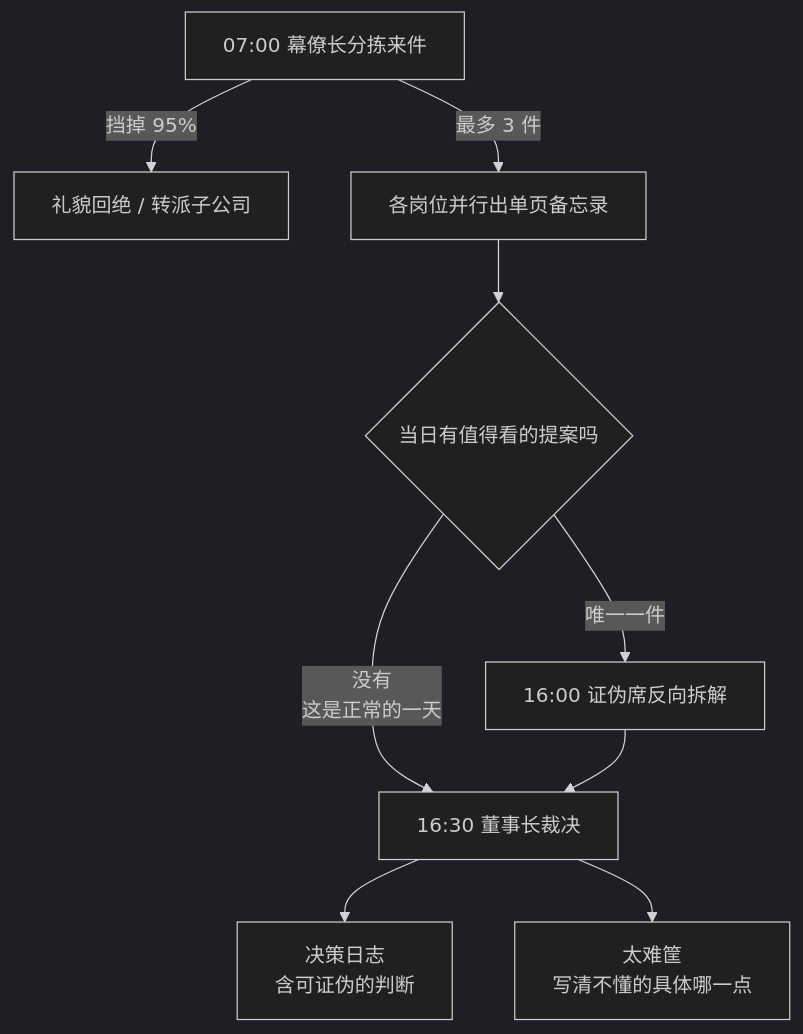
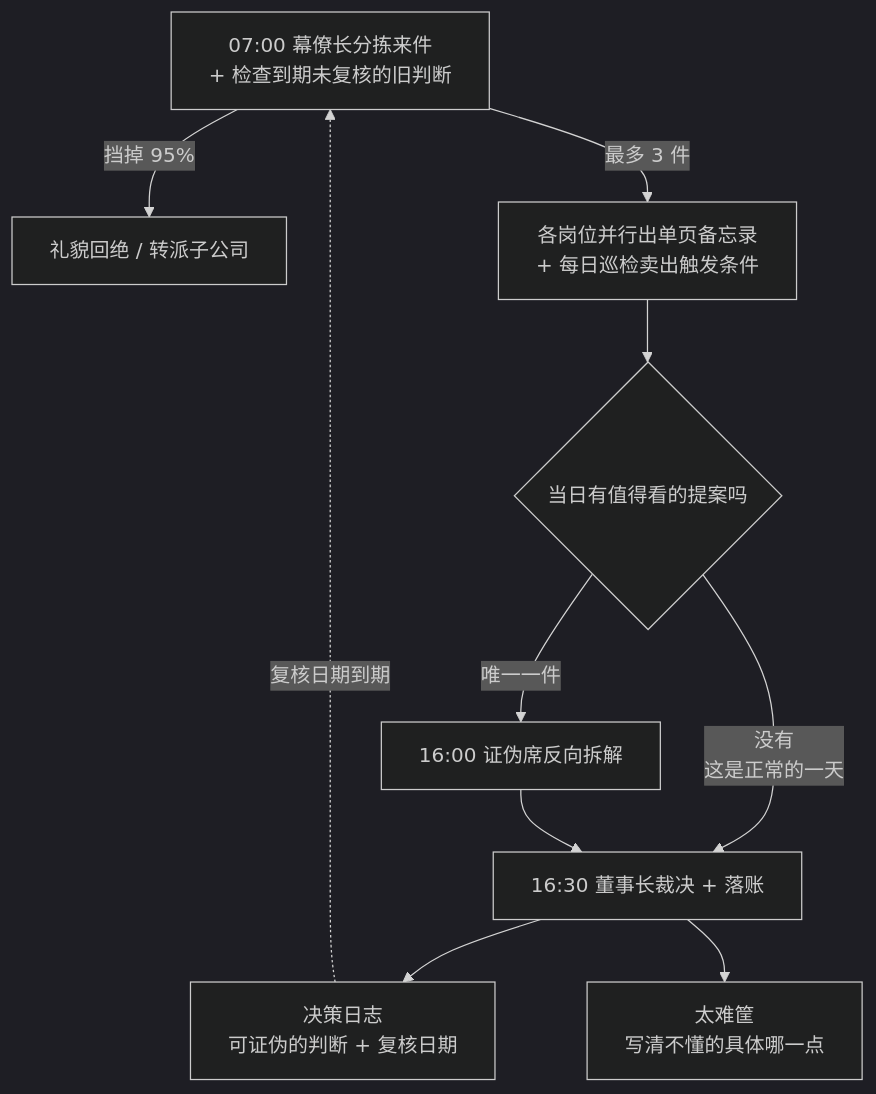
One commit to lichang333/Berkshire-Office-Simulation changed the diagram in README.md. Above: the diagram before and after it, drawn with Mermaid (dark theme). The commit also changed other lines of this file, not shown here.

Commit message:
README:复核闭环流程图、样例日实际结果、无人值守模式说明

````diff
--- a/README.md
+++ b/README.md
@@ -60,11 +66,12 @@
 ```mermaid
 flowchart TD
-    A[07:00 幕僚长分拣来件] -->|挡掉 95%| X[礼貌回绝 / 转派子公司]
-    A -->|最多 3 件| B[各岗位并行出单页备忘录]
+    A[07:00 幕僚长分拣来件<br>+ 检查到期未复核的旧判断] -->|挡掉 95%| X[礼貌回绝 / 转派子公司]
+    A -->|最多 3 件| B[各岗位并行出单页备忘录<br>+ 每日巡检卖出触发条件]
     B --> C{当日有值得看的提案吗}
     C -->|没有<br>这是正常的一天| E
     C -->|唯一一件| D[16:00 证伪席反向拆解]
-    D --> E[16:30 董事长裁决]
-    E --> F[决策日志<br>含可证伪的判断]
+    D --> E[16:30 董事长裁决 + 落账]
+    E --> F[决策日志<br>可证伪的判断 + 复核日期]
     E --> G[太难筐<br>写清不懂的具体哪一点]
+    F -.->|复核日期到期| A
 ```
````
